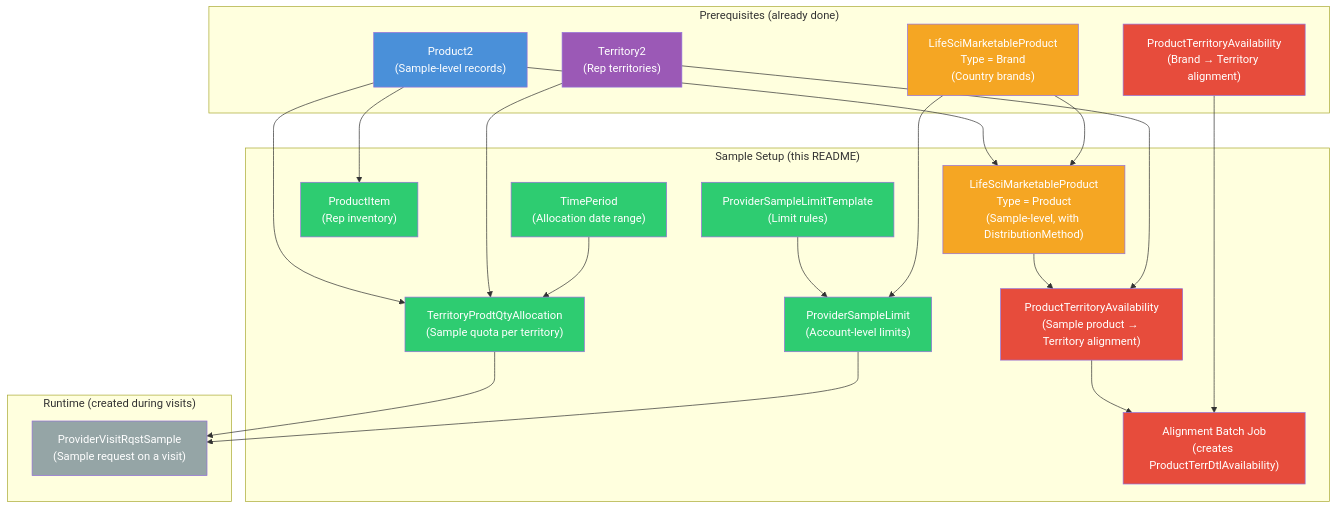
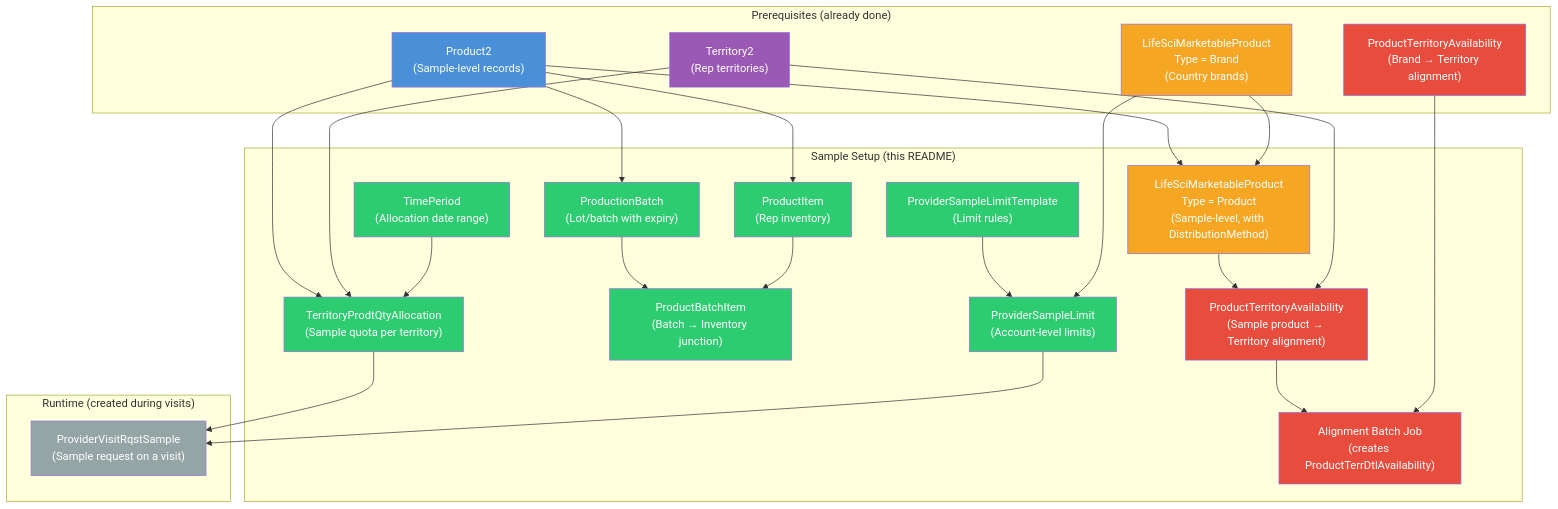
The first of 5 diagrams in README-08-Sample-Management-Setup.md (afls-ideas/Multi-Country-Brand-Setup), drawn with Mermaid before and after one commit. The commit also changed other lines of this file and 3 other files, not shown here.

First line of the commit message:
Add sample territory alignment and production batch scripts

````diff
--- a/README-08-Sample-Management-Setup.md
+++ b/README-08-Sample-Management-Setup.md
@@ -7,53 +7,60 @@
 ```mermaid
 flowchart TD
     subgraph "Prerequisites (already done)"
         P2["Product2<br/>(Sample-level records)"]
         T2["Territory2<br/>(Rep territories)"]
         MKT_BRAND["LifeSciMarketableProduct<br/>Type = Brand<br/>(Country brands)"]
         PTA_BRAND["ProductTerritoryAvailability<br/>(Brand → Territory alignment)"]
     end
 
     subgraph "Sample Setup (this README)"
         MKT_PROD["LifeSciMarketableProduct<br/>Type = Product<br/>(Sample-level, with DistributionMethod)"]
         PTA_SAMPLE["ProductTerritoryAvailability<br/>(Sample product → Territory alignment)"]
         BATCH["Alignment Batch Job<br/>(creates ProductTerrDtlAvailability)"]
         PI["ProductItem<br/>(Rep inventory)"]
+        PB["ProductionBatch<br/>(Lot/batch with expiry)"]
+        PBI["ProductBatchItem<br/>(Batch → Inventory junction)"]
         TP["TimePeriod<br/>(Allocation date range)"]
         TPQA["TerritoryProdtQtyAllocation<br/>(Sample quota per territory)"]
         PSLT["ProviderSampleLimitTemplate<br/>(Limit rules)"]
         PSL["ProviderSampleLimit<br/>(Account-level limits)"]
     end
 
     subgraph "Runtime (created during visits)"
         PVRS["ProviderVisitRqstSample<br/>(Sample request on a visit)"]
     end
 
     P2 --> MKT_PROD
     MKT_BRAND --> MKT_PROD
     MKT_PROD --> PTA_SAMPLE
     T2 --> PTA_SAMPLE
     PTA_SAMPLE --> BATCH
     PTA_BRAND --> BATCH
     P2 --> PI
+    P2 --> PB
+    PB --> PBI
+    PI --> PBI
     P2 --> TPQA
     T2 --> TPQA
     TP --> TPQA
     TPQA --> PVRS
     PSLT --> PSL
     PSL --> PVRS
     MKT_BRAND --> PSL
 
     style P2 fill:#4a90d9,color:#fff
     style T2 fill:#9b59b6,color:#fff
     style MKT_BRAND fill:#f5a623,color:#fff
     style MKT_PROD fill:#f5a623,color:#fff
     style PTA_BRAND fill:#e74c3c,color:#fff
     style PTA_SAMPLE fill:#e74c3c,color:#fff
     style BATCH fill:#e74c3c,color:#fff
     style PI fill:#2ecc71,color:#fff
+    style PB fill:#2ecc71,color:#fff
+    style PBI fill:#2ecc71,color:#fff
     style TP fill:#2ecc71,color:#fff
     style TPQA fill:#2ecc71,color:#fff
     style PSLT fill:#2ecc71,color:#fff
     style PSL fill:#2ecc71,color:#fff
     style PVRS fill:#95a5a6,color:#fff
 ```
````
